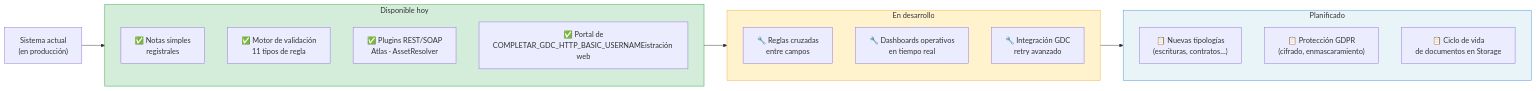
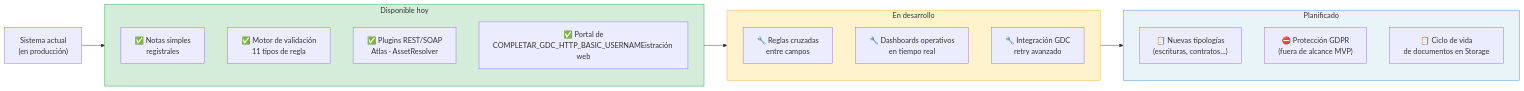
One commit to nvcrisologo02/AI-DocClassExt changed the eighth of 15 diagrams in docs/presentaciones/APOYO_VISUAL_PRESENTACION.md. Above: the diagram before and after it, drawn with Mermaid. The commit also changed other lines of this file and 6 other files, not shown here.

First line of the commit message:
docs(ep7): reflejar retirada del alcance MVP AB#98519

````diff
--- a/docs/presentaciones/APOYO_VISUAL_PRESENTACION.md
+++ b/docs/presentaciones/APOYO_VISUAL_PRESENTACION.md
@@ -268,31 +268,31 @@
 ```mermaid
 flowchart LR
     ACTUAL["Sistema actual\n(en producción)"]
 
     subgraph HOY["Disponible hoy"]
         T1["✅ Notas simples\nregistrales"]
         T2["✅ Motor de validación\n11 tipos de regla"]
         T3["✅ Plugins REST/SOAP\nAtlas · AssetResolver"]
         T4["✅ Portal de\nCOMPLETAR_GDC_HTTP_BASIC_USERNAMEistración web"]
     end
 
     subgraph PRONTO["En desarrollo"]
         T5["🔧 Reglas cruzadas\nentre campos"]
         T6["🔧 Dashboards operativos\nen tiempo real"]
         T7["🔧 Integración GDC\nretry avanzado"]
     end
 
     subgraph FUTURO["Planificado"]
         T8["📋 Nuevas tipologías\n(escrituras, contratos…)"]
-        T9["📋 Protección GDPR\n(cifrado, enmascaramiento)"]
+        T9["⛔ Protección GDPR\n(fuera de alcance MVP)"]
         T10["📋 Ciclo de vida\nde documentos en Storage"]
     end
 
     ACTUAL --> HOY
     HOY --> PRONTO
     PRONTO --> FUTURO
 
     style HOY fill:#d4edda,stroke:#28a745
     style PRONTO fill:#fff3cd,stroke:#f0ad4e
     style FUTURO fill:#e8f4f8,stroke:#4a90d9
 ```
````
